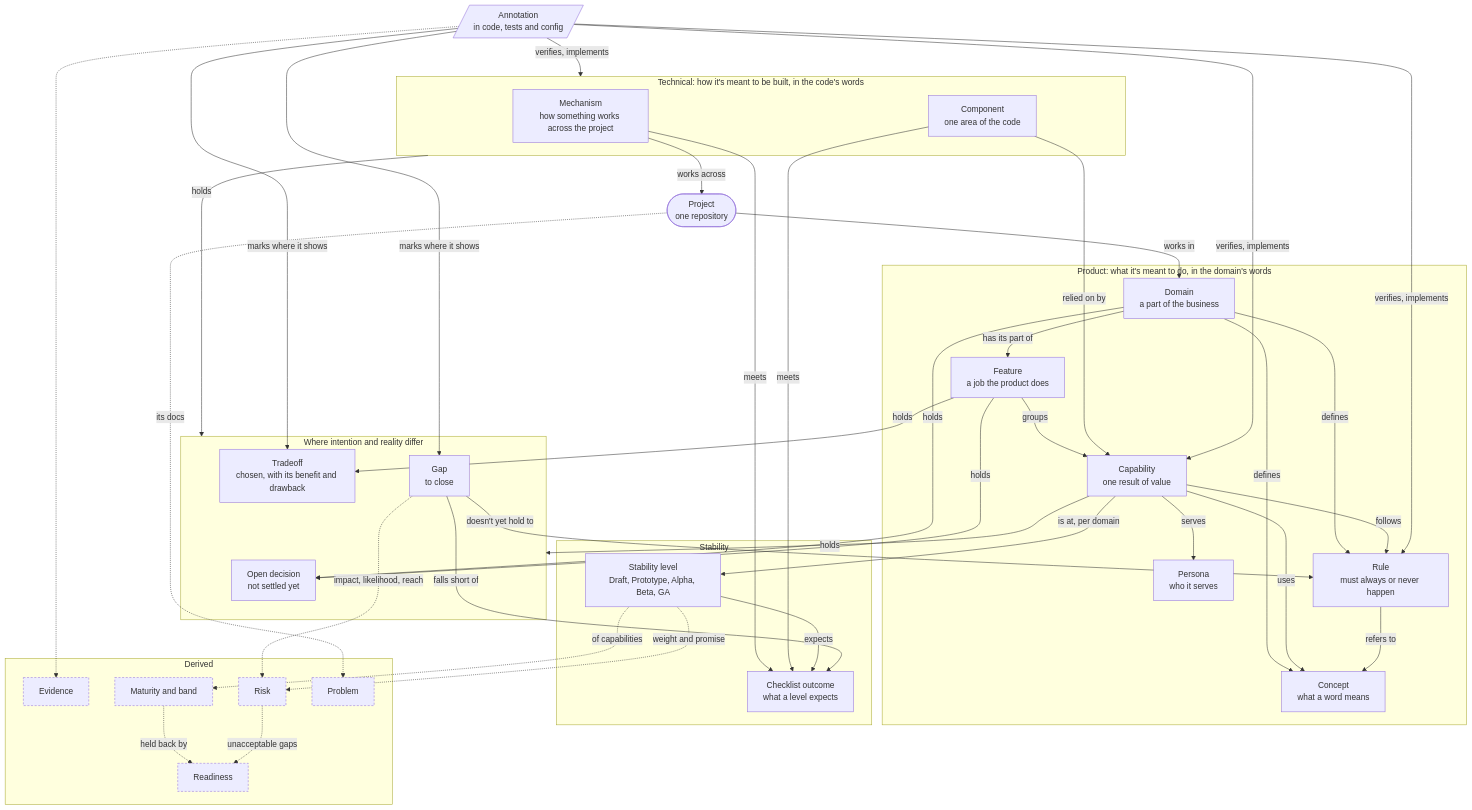
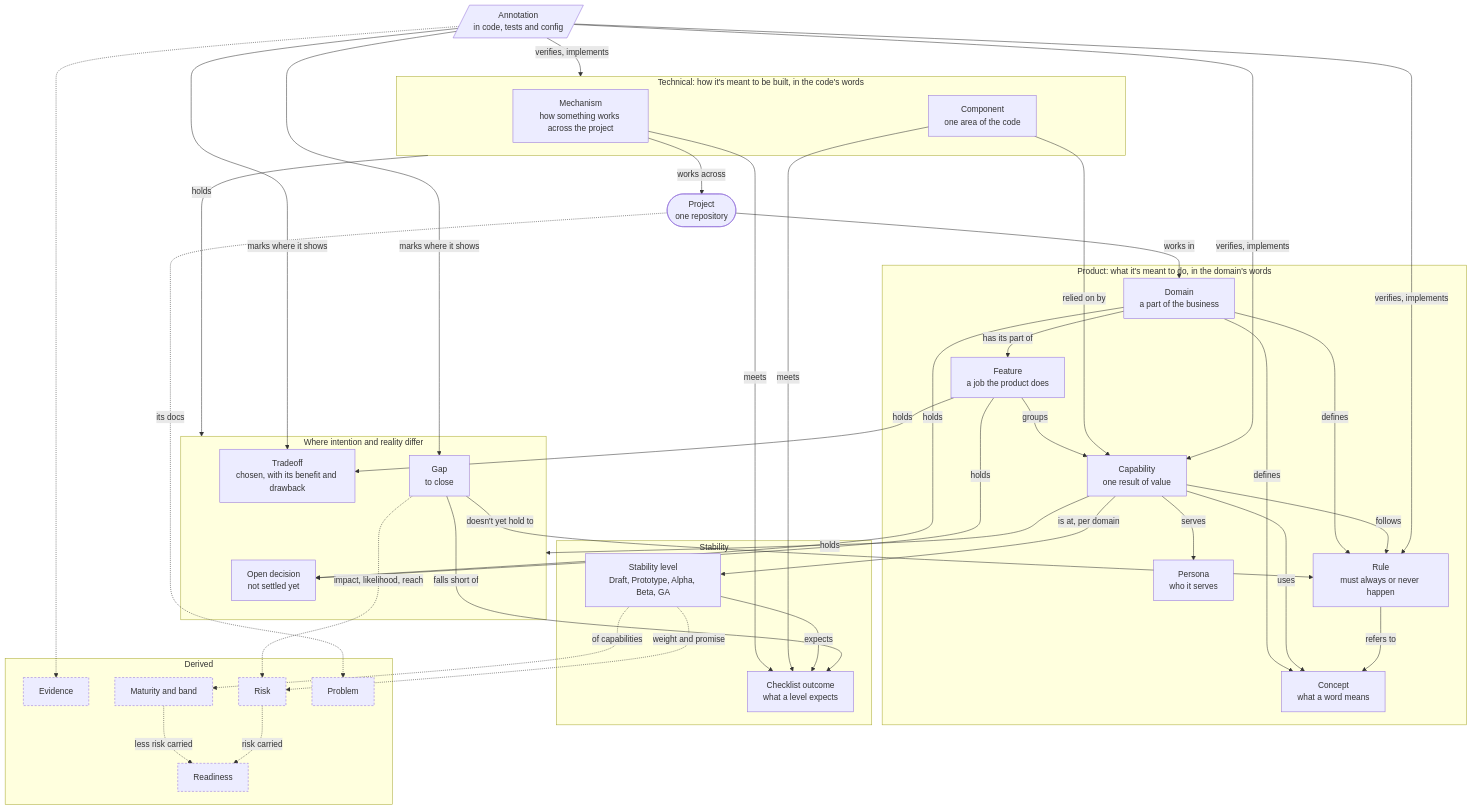
One commit to docqet/docqet changed the diagram in docs/domain/overview.md. Above: the diagram before and after it, drawn with Mermaid. The commit also changed other lines of this file and 8 other files, not shown here.

Commit message:
Work readiness out as maturity less the risk carried

````diff
--- a/docs/domain/overview.md
+++ b/docs/domain/overview.md
@@ -72,77 +71,77 @@
 ```mermaid
 flowchart TB
   project(["Project<br/>one repository"])
 
   subgraph product ["Product: what it's meant to do, in the domain's words"]
     domain["Domain<br/>a part of the business"]
     feature["Feature<br/>a job the product does"]
     capability["Capability<br/>one result of value"]
     persona["Persona<br/>who it serves"]
     rule["Rule<br/>must always or never happen"]
     concept["Concept<br/>what a word means"]
   end
 
   subgraph technical ["Technical: how it's meant to be built, in the code's words"]
     mechanism["Mechanism<br/>how something works across the project"]
     component["Component<br/>one area of the code"]
   end
 
   subgraph differ ["Where intention and reality differ"]
     decision["Open decision<br/>not settled yet"]
     gap["Gap<br/>to close"]
     tradeoff["Tradeoff<br/>chosen, with its benefit and drawback"]
   end
 
   subgraph stability ["Stability"]
     level["Stability level<br/>Draft, Prototype, Alpha, Beta, GA"]
     outcome["Checklist outcome<br/>what a level expects"]
   end
 
   annotation[/"Annotation<br/>in code, tests and config"/]
 
   subgraph derived ["Derived"]
     evidence["Evidence"]
     maturity["Maturity and band"]
     readiness["Readiness"]
     risk["Risk"]
     problem["Problem"]
   end
 
   project -- "works in" --> domain
   domain -- "has its part of" --> feature
   domain -- "defines" --> rule & concept
   feature -- "groups" --> capability
   capability -- "serves" --> persona
   capability -- "follows" --> rule
   capability -- "uses" --> concept
   rule -- "refers to" --> concept
 
   component -- "relied on by" --> capability
   mechanism -- "works across" --> project
   mechanism & component -- "meets" --> outcome
 
   capability -- "is at, per domain" --> level
   level -- "expects" --> outcome
 
   domain -- "holds" --> decision
   feature -- "holds" --> decision & tradeoff
   capability -- "holds" --> differ
   technical -- "holds" --> differ
 
   gap -- "falls short of" --> outcome
   gap -- "doesn't yet hold to" --> rule
 
   annotation -- "verifies, implements" --> rule & capability & technical
   annotation -- "marks where it shows" --> gap & tradeoff
 
   annotation -.-> evidence
   gap -. "impact, likelihood, reach" .-> risk
   level -. "weight and promise" .-> risk
   level -. "of capabilities" .-> maturity
-  maturity -. "held back by" .-> readiness
-  risk -. "unacceptable gaps" .-> readiness
+  maturity -. "less risk carried" .-> readiness
+  risk -. "risk carried" .-> readiness
   project -. "its docs" .-> problem
 
   classDef derivedNode stroke-dasharray: 4 3
   class evidence,maturity,readiness,risk,problem derivedNode
 ```
````
